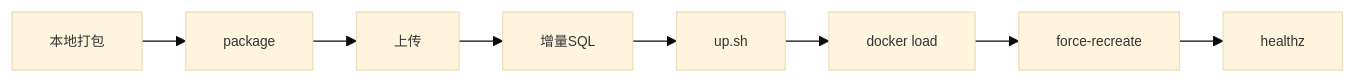
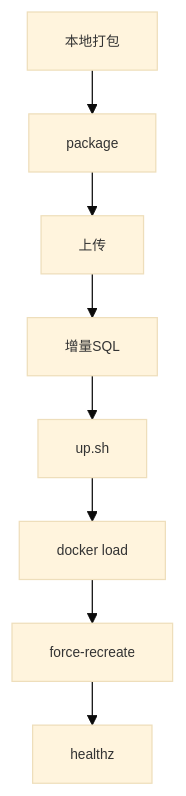
Diagram 21 of 23 in README.md (pluchon/mengmeng_forum), drawn with Mermaid before and after one commit. The commit also changed other lines of this file, not shown here.

Commit message:
docs: 优化 README 图表布局

````diff
--- a/README.md
+++ b/README.md
@@ -705,11 +703,11 @@
 ```mermaid
 %%{init: {'theme':'base', 'themeVariables': {'fontSize':'11px'}, 'flowchart': {'nodeSpacing': 25, 'rankSpacing': 35}}}%%
-flowchart LR
+flowchart TD
   Local[本地打包] --> Pack[package]
   Pack --> Upload[上传]
   Upload --> SQL[增量SQL]
   SQL --> Up[up.sh]
   Up --> Load[docker load]
   Load --> Recreate[force-recreate]
   Recreate --> Check[healthz]
 ```
````
